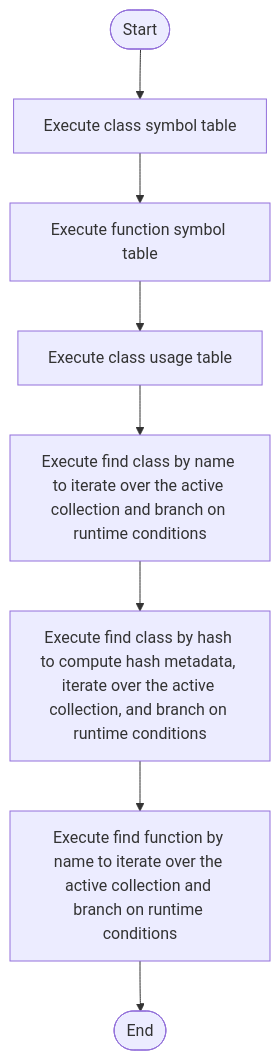
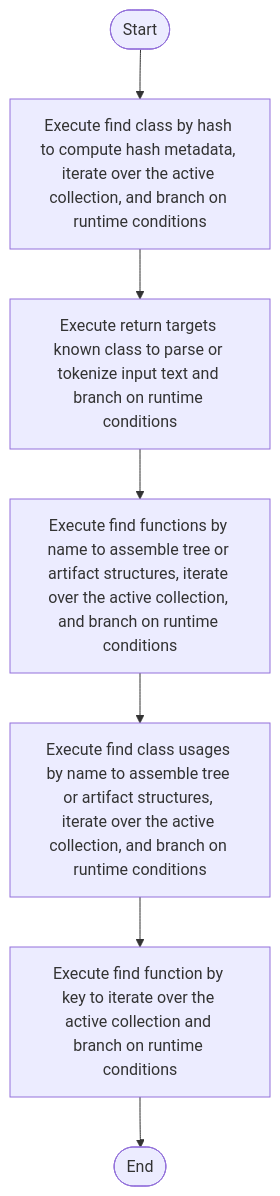
Before and after one commit to JohnAndrewBalbarosa/NeoTerritory: the diagram in docs/Codebase/Microservice/Modules/Source/SyntacticBrokenAST/ParseTree/symbols_queries.cpp.md, drawn with Mermaid. The commit also changed 148 other files, not shown here.

````diff
--- a/docs/Codebase/Microservice/Modules/Source/SyntacticBrokenAST/ParseTree/symbols_queries.cpp.md
+++ b/docs/Codebase/Microservice/Modules/Source/SyntacticBrokenAST/ParseTree/symbols_queries.cpp.md
@@ -30,18 +30,16 @@
 ```mermaid
 flowchart TD
     Start([Start])
-    N0[Execute class symbol table]
-    N1[Execute function symbol table]
-    N2[Execute class usage table]
-    N3[Execute find class by name to iterate over the active collection and branch on runtime conditions]
-    N4[Execute find class by hash to compute hash metadata, iterate over the active collection, and branch on runtime conditions]
-    N5[Execute find function by name to iterate over the active collection and branch on runtime conditions]
+    N0[Execute find class by hash to compute hash metadata, iterate over the active collection, and branch on runtime conditions]
+    N1[Execute return targets known class to parse or tokenize input text and branch on runtime conditions]
+    N2[Execute find functions by name to assemble tree or artifact structures, iterate over the active collection, and branch on runtime conditions]
+    N3[Execute find class usages by name to assemble tree or artifact structures, iterate over the active collection, and branch on runtime conditions]
+    N4[Execute find function by key to iterate over the active collection and branch on runtime conditions]
     End([End])
     Start --> N0
     N0 --> N1
     N1 --> N2
     N2 --> N3
     N3 --> N4
-    N4 --> N5
-    N5 --> End
+    N4 --> End
 ```
````
